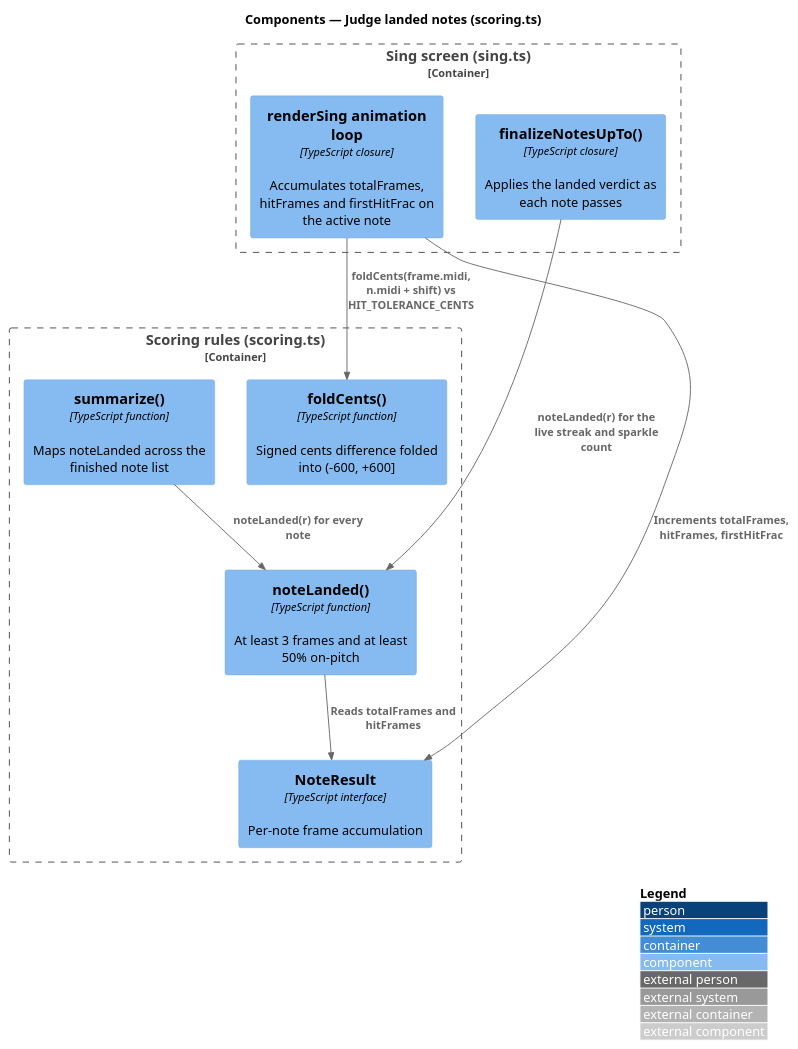
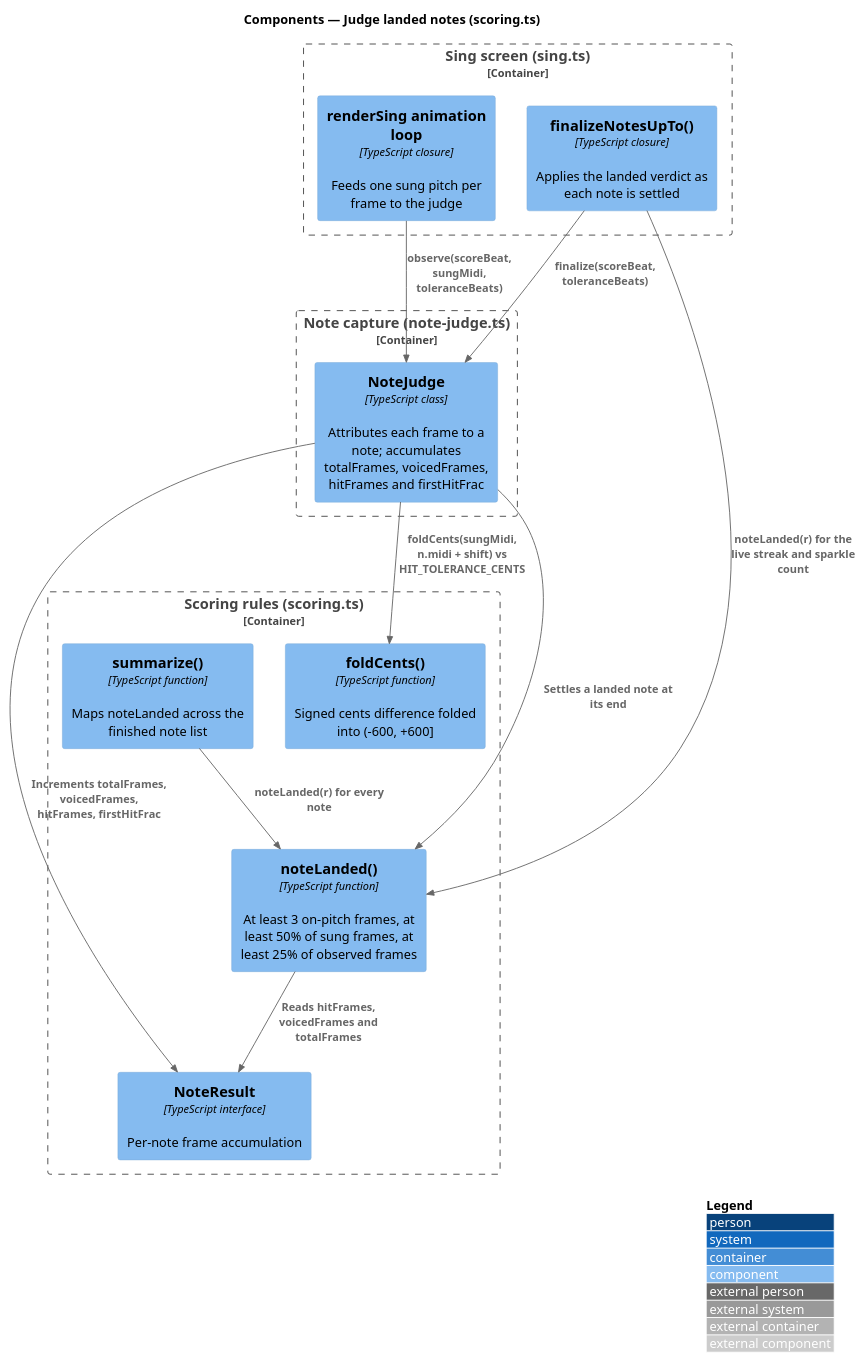
The diagram in docs/detailed-designs/scoring-and-results/judge-landed-notes/diagrams/c4-component.puml (QuinntyneBrown/TwinkleTune), drawn with PlantUML before and after one commit. The commit also changed 18 other files, not shown here.

First line of the commit message:
Specify timing-tolerant, sung-frame note judging (SR-L2-2, SR-L2-18, SG-L2-25)

```diff
--- a/docs/detailed-designs/scoring-and-results/judge-landed-notes/diagrams/c4-component.puml
+++ b/docs/detailed-designs/scoring-and-results/judge-landed-notes/diagrams/c4-component.puml
@@ -1,22 +1,28 @@
 @startuml
 !include <C4/C4_Component>
 LAYOUT_WITH_LEGEND()
 title Components — Judge landed notes (scoring.ts)
 
 Container_Boundary(sing, "Sing screen (sing.ts)") {
-  Component(loop, "renderSing animation loop", "TypeScript closure", "Accumulates totalFrames, hitFrames and firstHitFrac on the active note")
-  Component(finalize, "finalizeNotesUpTo()", "TypeScript closure", "Applies the landed verdict as each note passes")
+  Component(loop, "renderSing animation loop", "TypeScript closure", "Feeds one sung pitch per frame to the judge")
+  Component(finalize, "finalizeNotesUpTo()", "TypeScript closure", "Applies the landed verdict as each note is settled")
+}
+Container_Boundary(judgeMod, "Note capture (note-judge.ts)") {
+  Component(judge, "NoteJudge", "TypeScript class", "Attributes each frame to a note; accumulates totalFrames, voicedFrames, hitFrames and firstHitFrac")
 }
 Container_Boundary(scoring, "Scoring rules (scoring.ts)") {
   Component(fold, "foldCents()", "TypeScript function", "Signed cents difference folded into (-600, +600]")
-  Component(landed, "noteLanded()", "TypeScript function", "At least 3 frames and at least 50% on-pitch")
+  Component(landed, "noteLanded()", "TypeScript function", "At least 3 on-pitch frames, at least 50% of sung frames, at least 25% of observed frames")
   Component(result, "NoteResult", "TypeScript interface", "Per-note frame accumulation")
   Component(summarize, "summarize()", "TypeScript function", "Maps noteLanded across the finished note list")
 }
 
-Rel(loop, fold, "foldCents(frame.midi, n.midi + shift) vs HIT_TOLERANCE_CENTS")
-Rel(loop, result, "Increments totalFrames, hitFrames, firstHitFrac")
+Rel(loop, judge, "observe(scoreBeat, sungMidi, toleranceBeats)")
+Rel(judge, fold, "foldCents(sungMidi, n.midi + shift) vs HIT_TOLERANCE_CENTS")
+Rel(judge, result, "Increments totalFrames, voicedFrames, hitFrames, firstHitFrac")
+Rel(finalize, judge, "finalize(scoreBeat, toleranceBeats)")
+Rel(judge, landed, "Settles a landed note at its end")
 Rel(finalize, landed, "noteLanded(r) for the live streak and sparkle count")
-Rel(landed, result, "Reads totalFrames and hitFrames")
+Rel(landed, result, "Reads hitFrames, voicedFrames and totalFrames")
 Rel(summarize, landed, "noteLanded(r) for every note")
 @enduml
```
